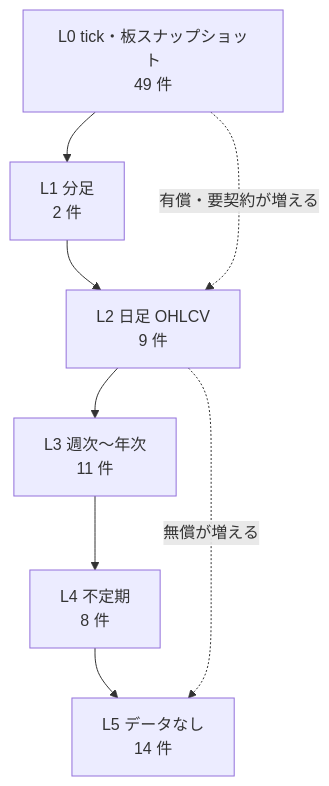
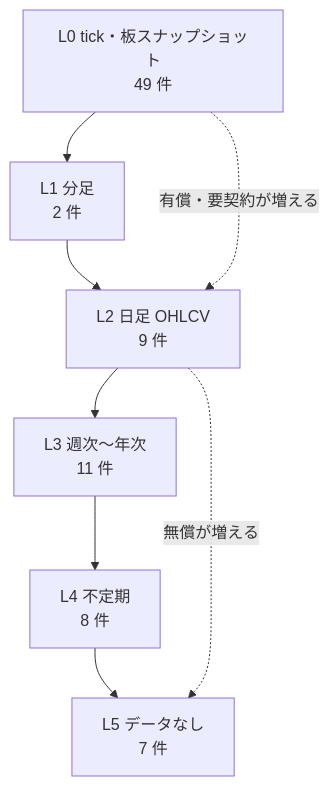
The first of 5 diagrams in docs/specs/market-data-availability.md (akiraak/ai-income-lab), drawn with Mermaid before and after one commit. The commit also changed other lines of this file and 3 other files, not shown here.

````diff
--- a/docs/specs/market-data-availability.md
+++ b/docs/specs/market-data-availability.md
@@ -49,10 +50,10 @@
 ```mermaid
 flowchart TB
   L0["L0 tick・板スナップショット<br/>49 件"] --> L1["L1 分足<br/>2 件"]
   L1 --> L2["L2 日足 OHLCV<br/>9 件"]
   L2 --> L3["L3 週次〜年次<br/>11 件"]
   L3 --> L4["L4 不定期<br/>8 件"]
-  L4 --> L5["L5 データなし<br/>14 件"]
+  L4 --> L5["L5 データなし<br/>7 件"]
   L0 -.->|有償・要契約が増える| L2
   L2 -.->|無償が増える| L5
 ```
````
